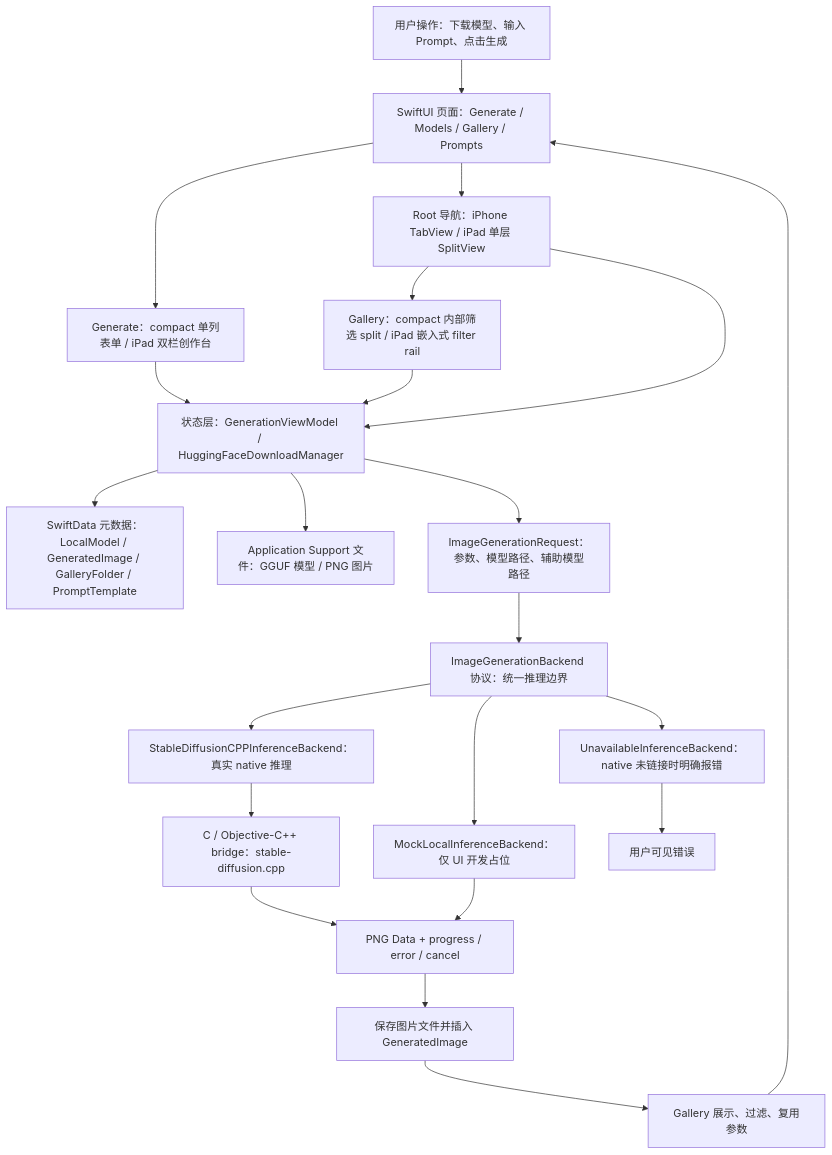
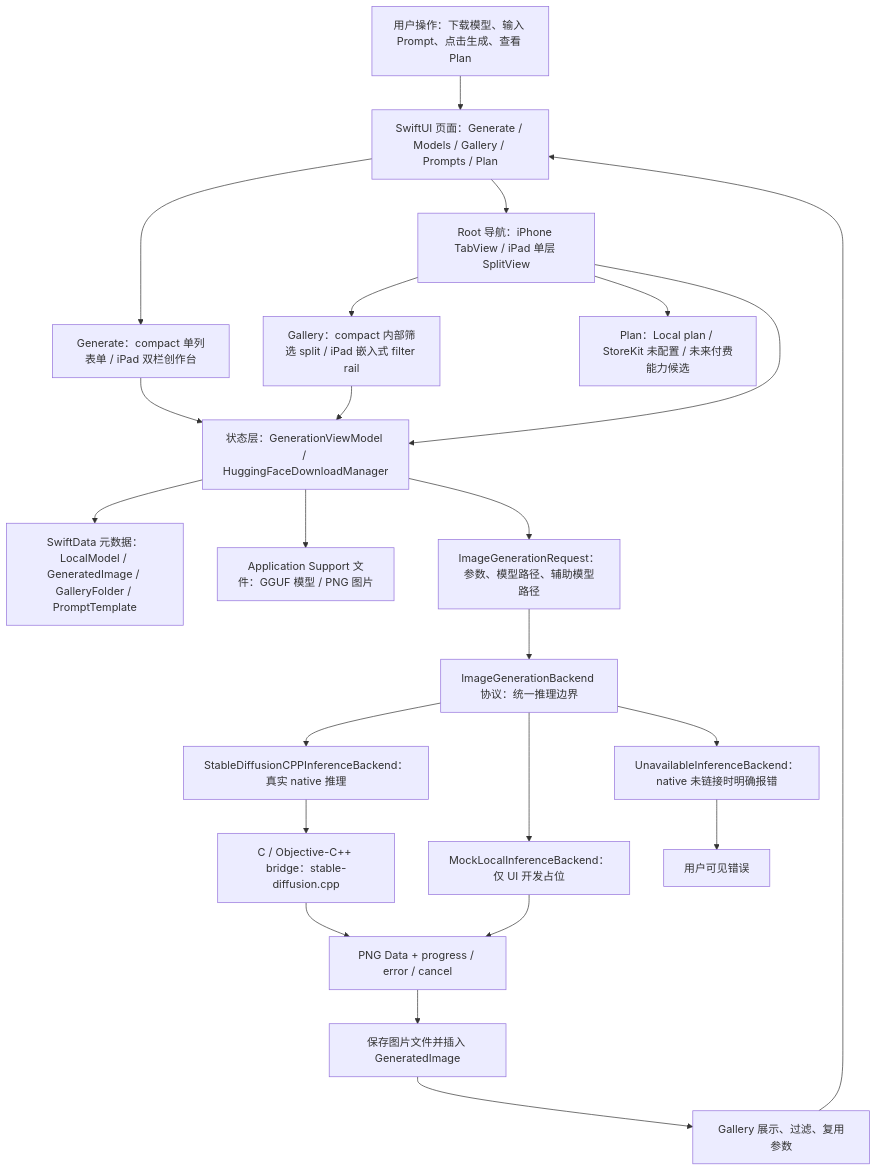
One commit to Altman-sam114/118 changed the first of 7 diagrams in md/flow/flowchart.md. Above: the diagram before and after it, drawn with Mermaid. The commit also changed 5 other files, not shown here.

````diff
--- a/md/flow/flowchart.md
+++ b/md/flow/flowchart.md
@@ -9,24 +9,25 @@
 ```mermaid
 flowchart TD
-  U["用户操作：下载模型、输入 Prompt、点击生成"] --> UI["SwiftUI 页面：Generate / Models / Gallery / Prompts"]
+  U["用户操作：下载模型、输入 Prompt、点击生成、查看 Plan"] --> UI["SwiftUI 页面：Generate / Models / Gallery / Prompts / Plan"]
   UI --> GENUI["Generate：compact 单列表单 / iPad 双栏创作台"]
   UI --> NAV["Root 导航：iPhone TabView / iPad 单层 SplitView"]
   NAV --> GALUI["Gallery：compact 内部筛选 split / iPad 嵌入式 filter rail"]
+  NAV --> PLANUI["Plan：Local plan / StoreKit 未配置 / 未来付费能力候选"]
   NAV --> VM["状态层：GenerationViewModel / HuggingFaceDownloadManager"]
   GENUI --> VM
   GALUI --> VM
   VM --> SD["SwiftData 元数据：LocalModel / GeneratedImage / GalleryFolder / PromptTemplate"]
   VM --> FS["Application Support 文件：GGUF 模型 / PNG 图片"]
   VM --> REQ["ImageGenerationRequest：参数、模型路径、辅助模型路径"]
   REQ --> IFACE["ImageGenerationBackend 协议：统一推理边界"]
   IFACE --> NATIVE["StableDiffusionCPPInferenceBackend：真实 native 推理"]
   IFACE --> MOCK["MockLocalInferenceBackend：仅 UI 开发占位"]
   IFACE --> OFF["UnavailableInferenceBackend：native 未链接时明确报错"]
   NATIVE --> BRIDGE["C / Objective-C++ bridge：stable-diffusion.cpp"]
   BRIDGE --> PNG["PNG Data + progress / error / cancel"]
   MOCK --> PNG
   OFF --> ERR["用户可见错误"]
   PNG --> SAVE["保存图片文件并插入 GeneratedImage"]
   SAVE --> GALLERY["Gallery 展示、过滤、复用参数"]
   GALLERY --> UI
 ```
````
